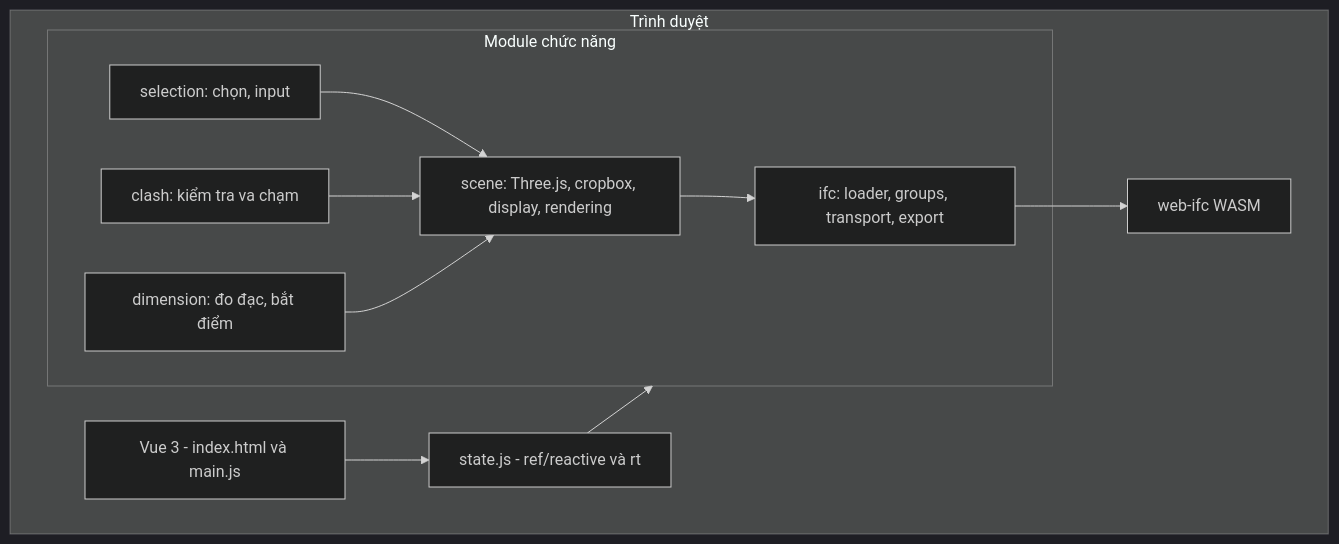
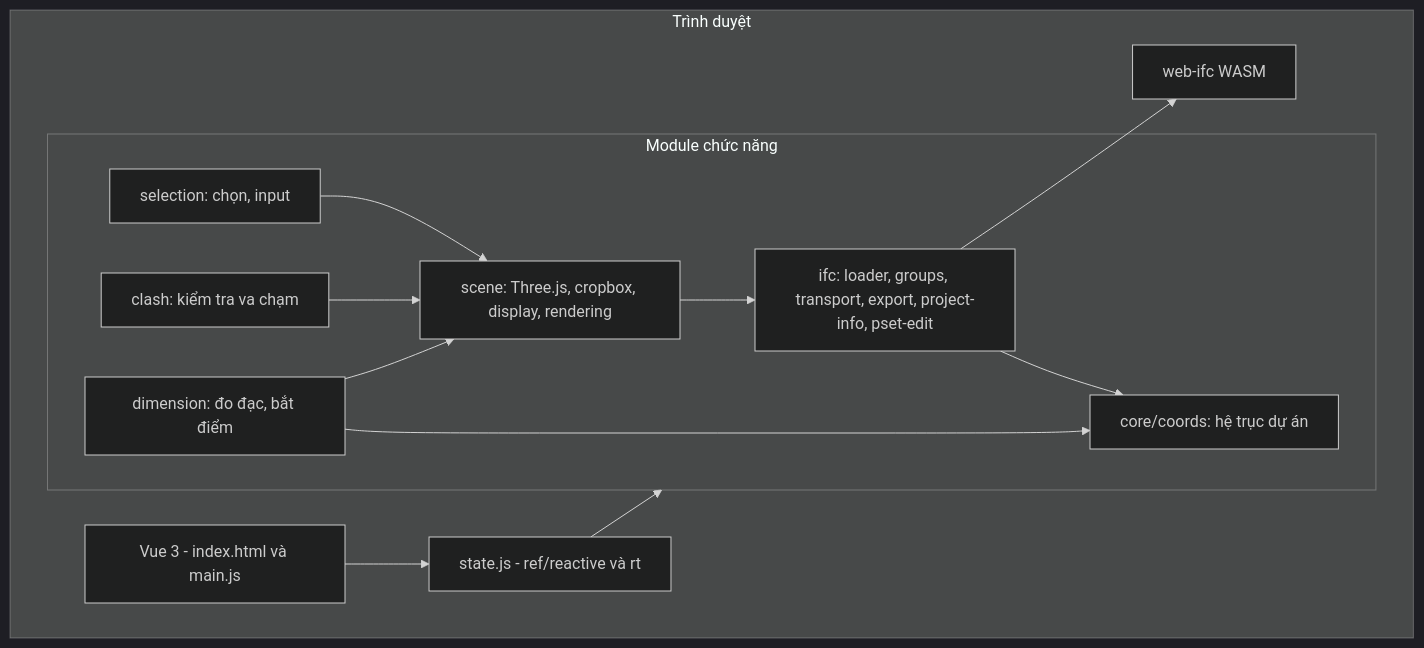
The third of 3 diagrams in README.md (4431thuc/HTML_7_IFC_editor), drawn with Mermaid (dark theme) before and after one commit. The commit also changed other lines of this file and 2 other files, not shown here.

````diff
--- a/README.md
+++ b/README.md
@@ -102,22 +122,25 @@
 ```mermaid
 flowchart TB
     subgraph Browser[Trình duyệt]
         UI[Vue 3 - index.html và main.js]
         State[state.js - ref/reactive và rt]
         subgraph Logic[Module chức năng]
-            IFC[ifc: loader, groups, transport, export]
+            IFC[ifc: loader, groups, transport, export, project-info, pset-edit]
             Scene[scene: Three.js, cropbox, display, rendering]
             Sel[selection: chọn, input]
             Clash[clash: kiểm tra va chạm]
             Dim[dimension: đo đạc, bắt điểm]
+            Coords[core/coords: hệ trục dự án]
         end
         WASM[web-ifc WASM]
     end
     UI --> State
     State --> Logic
     IFC --> WASM
     Scene --> IFC
     Sel --> Scene
     Clash --> Scene
     Dim --> Scene
+    Dim --> Coords
+    IFC --> Coords
 ```
````
